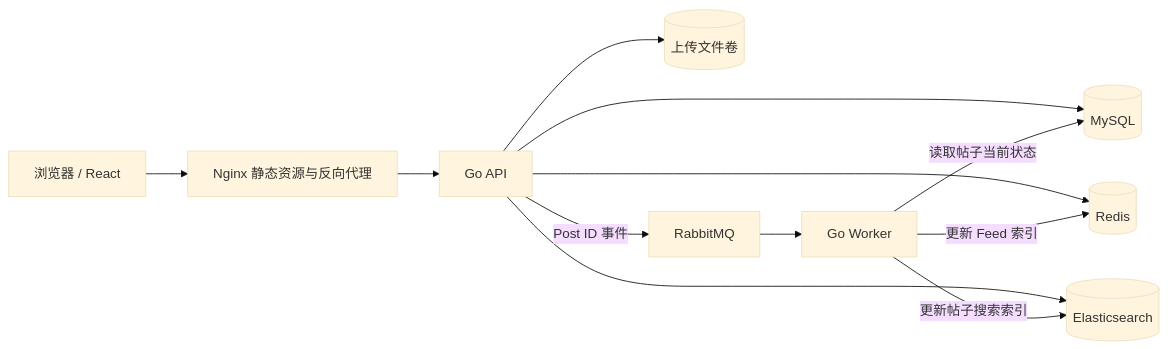
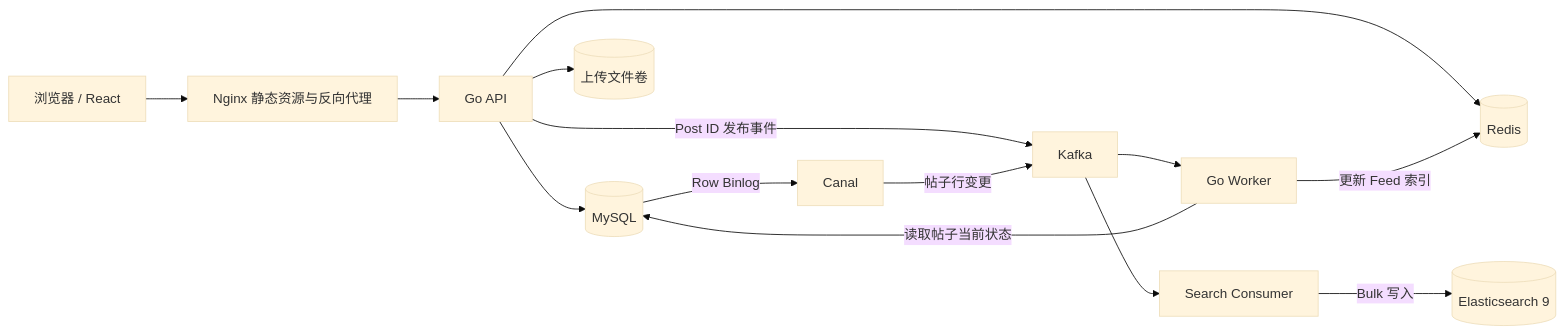
One commit to minova01/social_feed changed the diagram in README.md. Above: the diagram before and after it, drawn with Mermaid (base theme). The commit also changed other lines of this file and 14 other files, not shown here.

````diff
--- a/README.md
+++ b/README.md
@@ -31,16 +31,18 @@
 ```mermaid
 flowchart LR
     U[浏览器 / React] --> N[Nginx 静态资源与反向代理]
     N --> A[Go API]
 
     A --> M[(MySQL)]
     A --> R[(Redis)]
-    A --> E[(Elasticsearch)]
     A --> F[(上传文件卷)]
-    A -- Post ID 事件 --> Q[RabbitMQ]
+    A -- Post ID 发布事件 --> Q[Kafka]
 
     Q --> K[Go Worker]
     K -- 读取帖子当前状态 --> M
     K -- 更新 Feed 索引 --> R
-    K -- 更新帖子搜索索引 --> E
+    M -- Row Binlog --> C[Canal]
+    C -- 帖子行变更 --> Q
+    Q --> S[Search Consumer]
+    S -- Bulk 写入 --> E[(Elasticsearch 9)]
 ```
````
